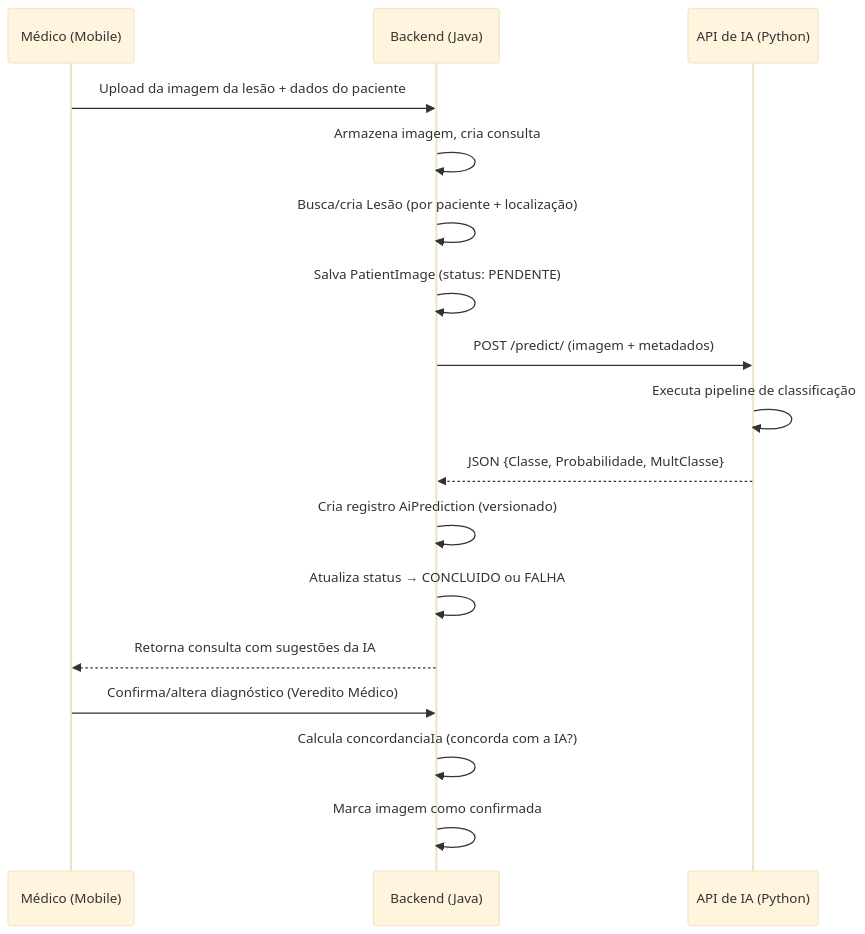
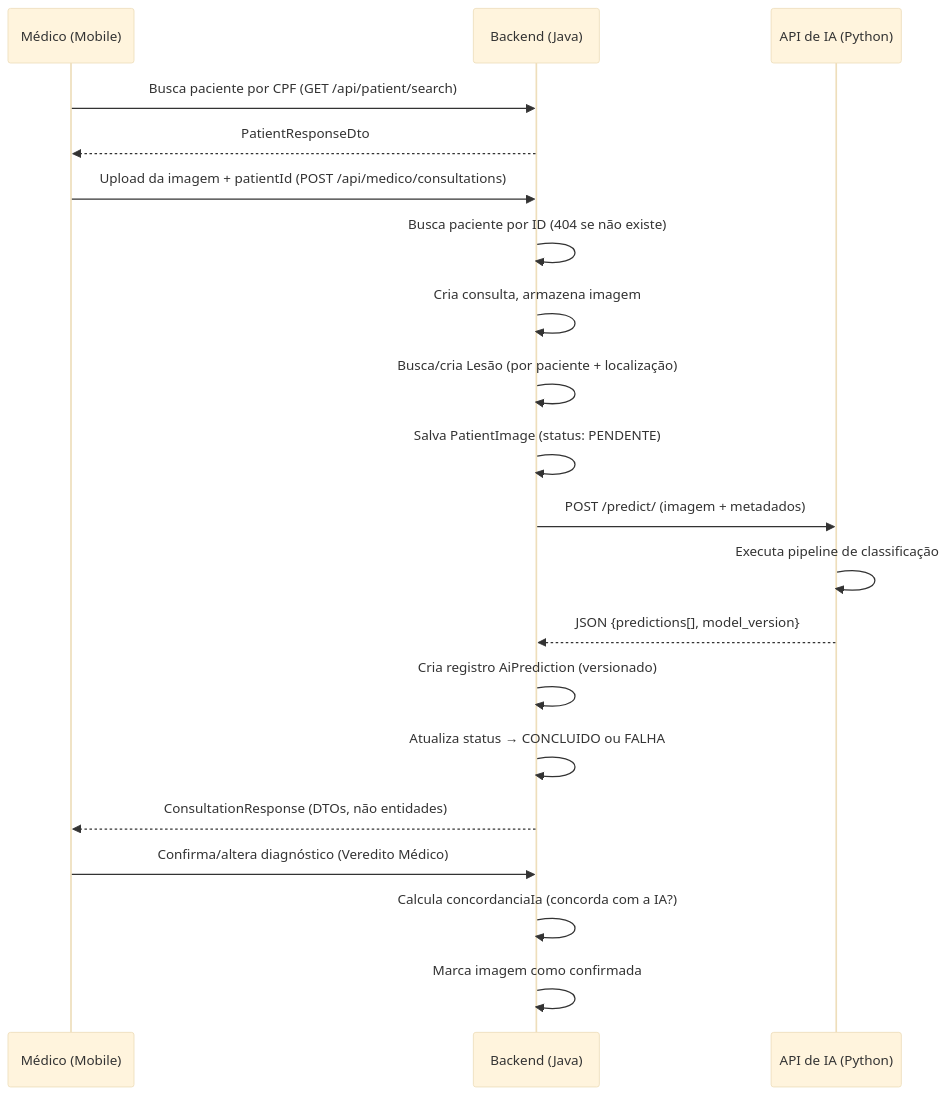
The fourth of 4 diagrams in docs/walkthrough_pt.md (LARA-IA/LARA-SCD), drawn with Mermaid (base theme) before and after one commit. The commit also changed other lines of this file and 25 other files, not shown here.

````diff
--- a/docs/walkthrough_pt.md
+++ b/docs/walkthrough_pt.md
@@ -152,20 +168,23 @@
 ```mermaid
 sequenceDiagram
   participant M as Médico (Mobile)
   participant B as Backend (Java)
   participant IA as API de IA (Python)
   
-  M->>B: Upload da imagem da lesão + dados do paciente
-  B->>B: Armazena imagem, cria consulta
+  M->>B: Busca paciente por CPF (GET /api/patient/search)
+  B-->>M: PatientResponseDto
+  M->>B: Upload da imagem + patientId (POST /api/medico/consultations)
+  B->>B: Busca paciente por ID (404 se não existe)
+  B->>B: Cria consulta, armazena imagem
   B->>B: Busca/cria Lesão (por paciente + localização)
   B->>B: Salva PatientImage (status: PENDENTE)
   B->>IA: POST /predict/ (imagem + metadados)
   IA->>IA: Executa pipeline de classificação
-  IA-->>B: JSON {Classe, Probabilidade, MultClasse}
+  IA-->>B: JSON {predictions[], model_version}
   B->>B: Cria registro AiPrediction (versionado)
   B->>B: Atualiza status → CONCLUIDO ou FALHA
-  B-->>M: Retorna consulta com sugestões da IA
+  B-->>M: ConsultationResponse (DTOs, não entidades)
   M->>B: Confirma/altera diagnóstico (Veredito Médico)
   B->>B: Calcula concordanciaIa (concorda com a IA?)
   B->>B: Marca imagem como confirmada
 ```
````
